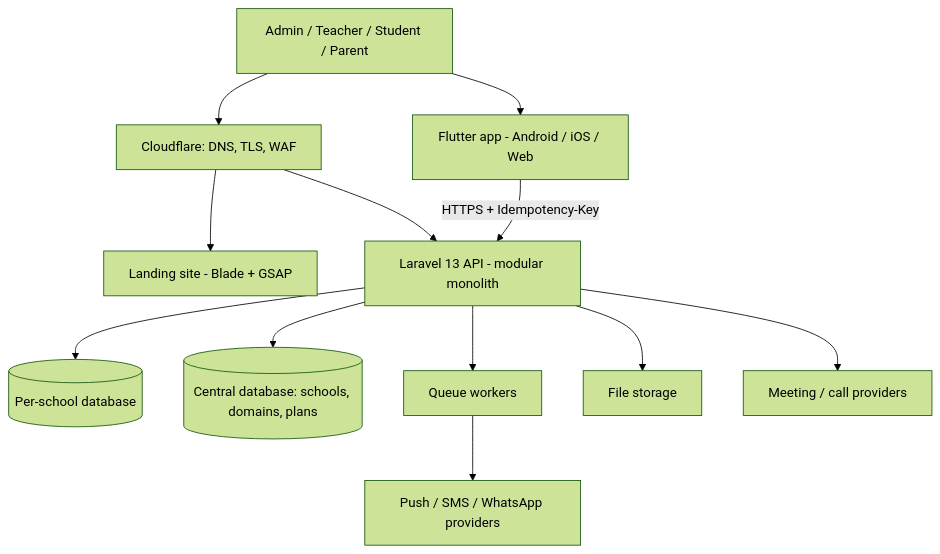
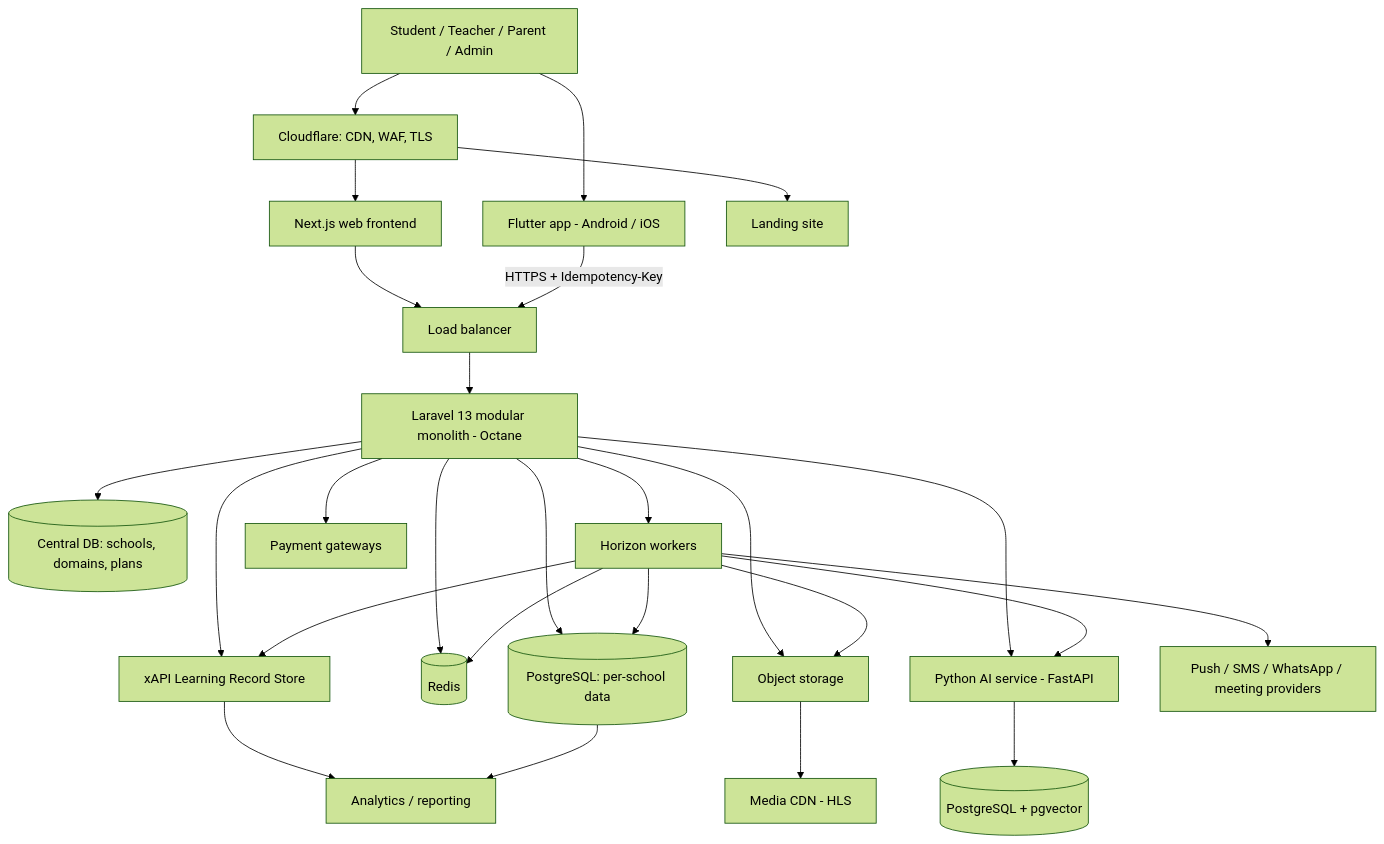
One commit to muhammadelalfy/LMS changed the first of 6 diagrams in docs/ENGINEERING_CONSTITUTION.md. Above: the diagram before and after it, drawn with Mermaid (forest theme). The commit also changed other lines of this file, not shown here.

Commit message:
Docs: constitution restores Next.js, AI/RAG, commerce, media, Slack, xAPI and certification as requirements

````diff
--- a/docs/ENGINEERING_CONSTITUTION.md
+++ b/docs/ENGINEERING_CONSTITUTION.md
@@ -45,26 +50,50 @@
 ```mermaid
 flowchart TB
-    Users[Admin / Teacher / Student / Parent]
-    Edge[Cloudflare: DNS, TLS, WAF]
-    Landing[Landing site - Blade + GSAP]
-    App[Flutter app - Android / iOS / Web]
-    Api[Laravel 13 API - modular monolith]
-    Tenant[(Per-school database)]
-    Central[(Central database: schools, domains, plans)]
-    Queue[Queue workers]
-    Store[File storage]
-    Push[Push / SMS / WhatsApp providers]
-    Meet[Meeting / call providers]
+    User[Student / Teacher / Parent / Admin]
+    Edge[Cloudflare: CDN, WAF, TLS]
+    Next[Next.js web frontend]
+    App[Flutter app - Android / iOS]
+    Land[Landing site]
+    LB[Load balancer]
 
-    Users --> Edge
-    Edge --> Landing
-    Edge --> Api
-    Users --> App
-    App -->|HTTPS + Idempotency-Key| Api
-    Api --> Central
-    Api --> Tenant
-    Api --> Queue
-    Api --> Store
-    Queue --> Push
-    Api --> Meet
+    Laravel[Laravel 13 modular monolith - Octane]
+    Central[(Central DB: schools, domains, plans)]
+    PG[(PostgreSQL: per-school data)]
+    Redis[(Redis)]
+    Horizon[Horizon workers]
+    Storage[Object storage]
+    MediaCDN[Media CDN - HLS]
+
+    AI[Python AI service - FastAPI]
+    Vector[(PostgreSQL + pgvector)]
+    LRS[xAPI Learning Record Store]
+    Analytics[Analytics / reporting]
+    Push[Push / SMS / WhatsApp / meeting providers]
+    Gateways[Payment gateways]
+
+    User --> Edge
+    Edge --> Land
+    Edge --> Next
+    User --> App
+    Next --> LB
+    App -->|HTTPS + Idempotency-Key| LB
+    LB --> Laravel
+    Laravel --> Central
+    Laravel --> PG
+    Laravel --> Redis
+    Laravel --> Horizon
+    Laravel --> Storage
+    Laravel --> AI
+    Laravel --> LRS
+    Laravel --> Gateways
+    Horizon --> PG
+    Horizon --> Redis
+    Horizon --> Storage
+    Horizon --> LRS
+    Horizon --> AI
+    Horizon --> Push
+    Storage --> MediaCDN
+    AI --> Vector
+    LRS --> Analytics
+    PG --> Analytics
 ```
````
